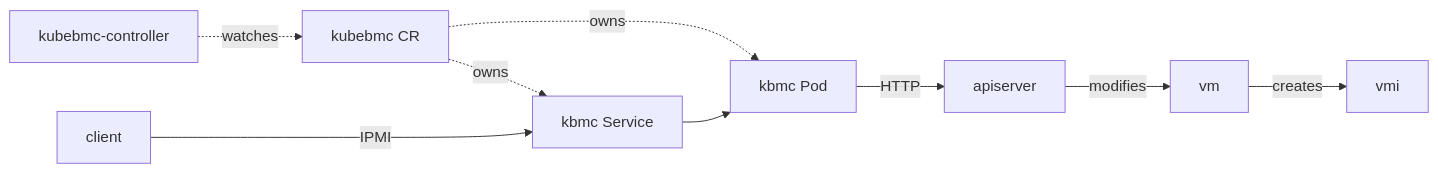
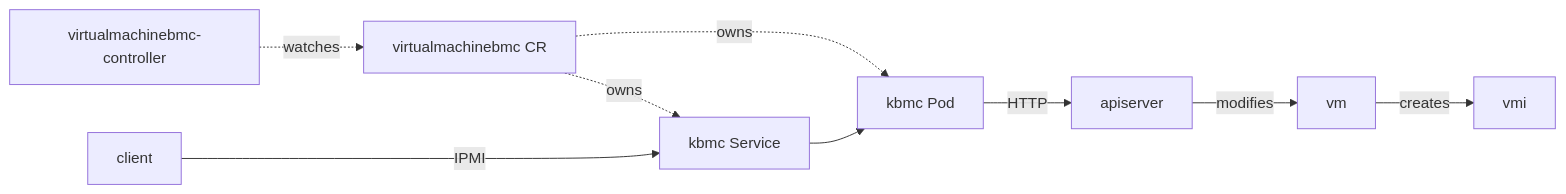
One commit to starbops/kubevirtbmc changed the second of 2 diagrams in README.md. Above: the diagram before and after it, drawn with Mermaid. The commit also changed other lines of this file and 56 other files, not shown here.

````diff
--- a/README.md
+++ b/README.md
@@ -44,15 +44,15 @@
 ```mermaid
 flowchart LR
-    controller["kubebmc-controller"]
-    cr["kubebmc CR"]
+    controller["virtualmachinebmc-controller"]
+    cr["virtualmachinebmc CR"]
     kbmc-pod["kbmc Pod"]
     kbmc-svc["kbmc Service"]
     controller-.->|watches|cr
     cr-.->|owns|kbmc-svc
     cr-.->|owns|kbmc-pod
     client--->|IPMI|kbmc-svc
     kbmc-svc-->kbmc-pod
     kbmc-pod-->|HTTP|apiserver
     apiserver-->|modifies|vm
     vm-->|creates|vmi
 ```
````
